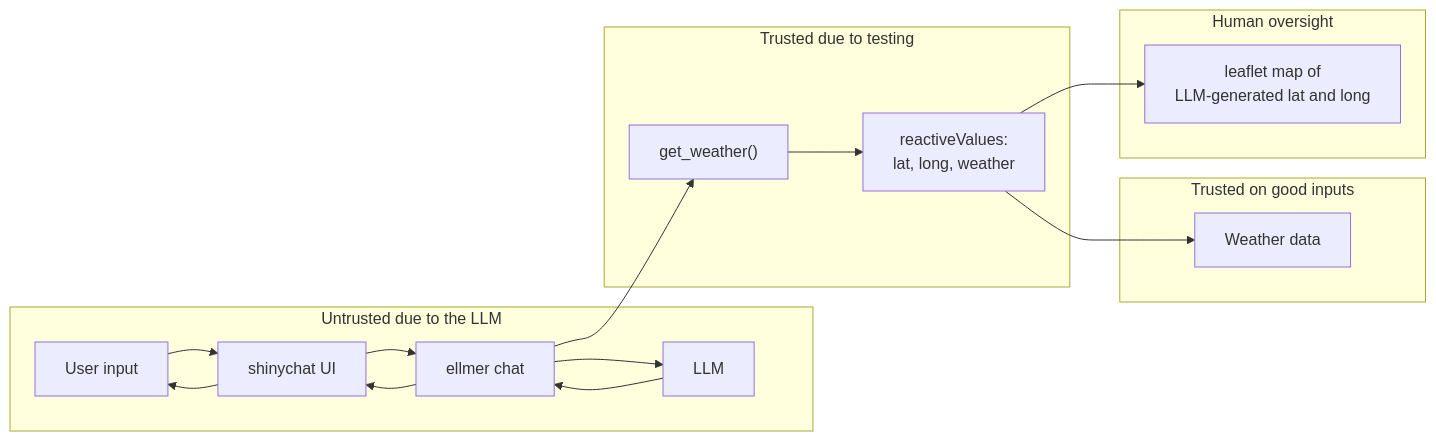
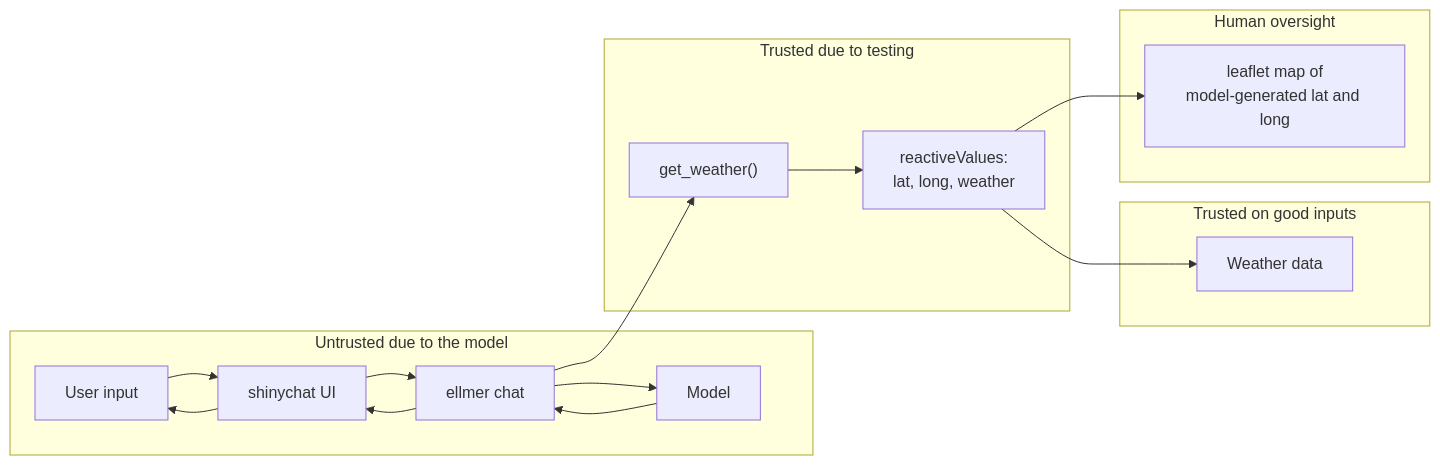
One commit to parmsam/trustedminiagents changed the diagram in weather.qmd. Above: the diagram before and after it, drawn with Mermaid. The commit also changed other lines of this file and 5 other files, not shown here.

Commit message:
'LLM' => 'AI model'

````diff
--- a/weather.qmd
+++ b/weather.qmd
@@ -28,21 +28,21 @@
 ```{mermaid}
 flowchart LR
-  subgraph Untrusted due to the LLM
+  subgraph Untrusted due to the model
     U["User input"] --> C["shinychat UI"]
     C --> U
     C --> L[ellmer chat]
-    L --> LLM
-    LLM --> L
+    L --> Model
+    Model --> L
     L --> C
   end
   subgraph Trusted due to testing
     L --> T["get_weather()"]
     T --> RV["reactiveValues:<br>lat, long, weather"]
   end
   subgraph Trusted on good inputs
     RV --> W["Weather data"]
   end
   subgraph Human oversight
-    RV --> M["leaflet map of<br>LLM-generated lat and long"]
+    RV --> M["leaflet map of<br>model-generated lat and long"]
   end
 ```
````
